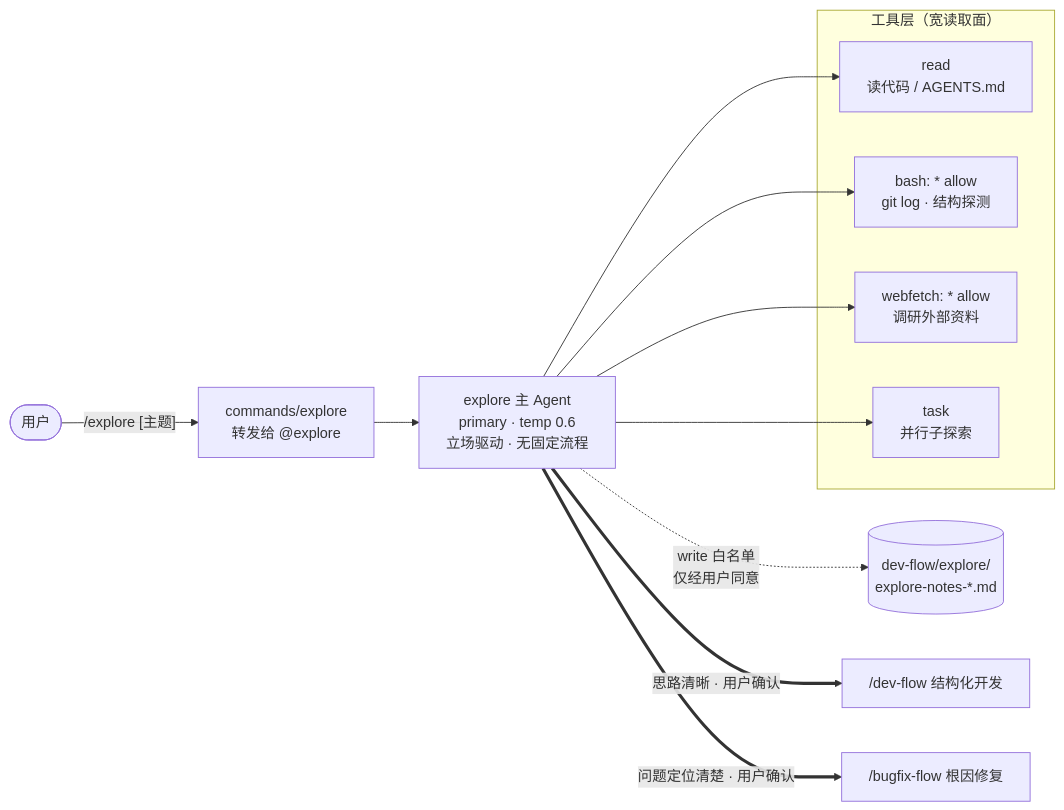
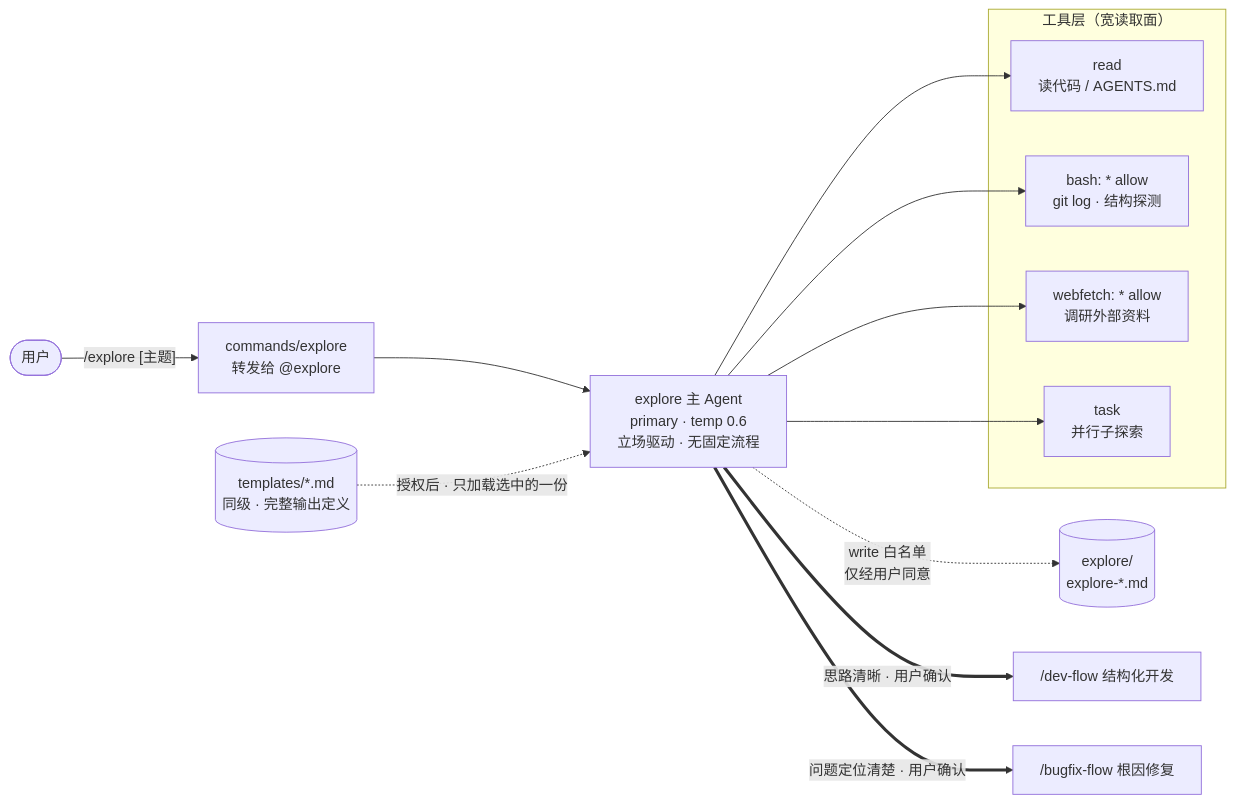
Before and after one commit to GMshuS/opencode-study: the first of 4 diagrams in docs/explore-DESIGN.md, drawn with Mermaid. The commit also changed other lines of this file and 9 other files, not shown here.

````diff
--- a/docs/explore-DESIGN.md
+++ b/docs/explore-DESIGN.md
@@ -66,18 +68,19 @@
 ```mermaid
 flowchart LR
     U(["用户"]) -->|"/explore [主题]"| CMD["commands/explore<br/>转发给 @explore"]
     CMD --> AG["explore 主 Agent<br/>primary · temp 0.6<br/>立场驱动 · 无固定流程"]
 
     subgraph TOOLS["工具层（宽读取面）"]
         R["read<br/>读代码 / AGENTS.md"]
         B["bash: * allow<br/>git log · 结构探测"]
         W["webfetch: * allow<br/>调研外部资料"]
         T["task<br/>并行子探索"]
     end
 
     AG --> R & B & W & T
-    AG -.->|"write 白名单<br/>仅经用户同意"| FS[("dev-flow/explore/<br/>explore-notes-*.md")]
+    AG -.->|"write 白名单<br/>仅经用户同意"| FS[("explore/<br/>explore-*.md")]
+    TPL[("templates/*.md<br/>同级 · 完整输出定义")] -.->|"授权后 · 只加载选中的一份"| AG
 
     AG ==>|"思路清晰 · 用户确认"| DEV["/dev-flow 结构化开发"]
     AG ==>|"问题定位清楚 · 用户确认"| BF["/bugfix-flow 根因修复"]
 ```
````
